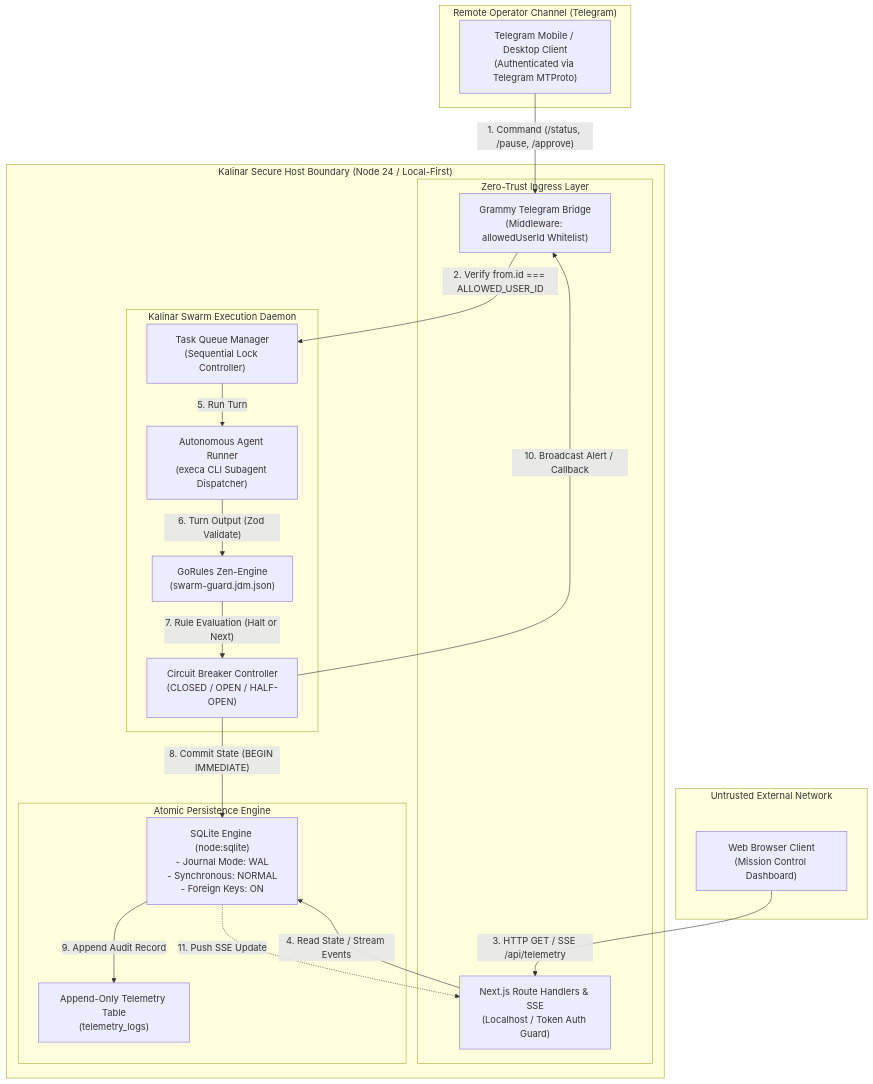
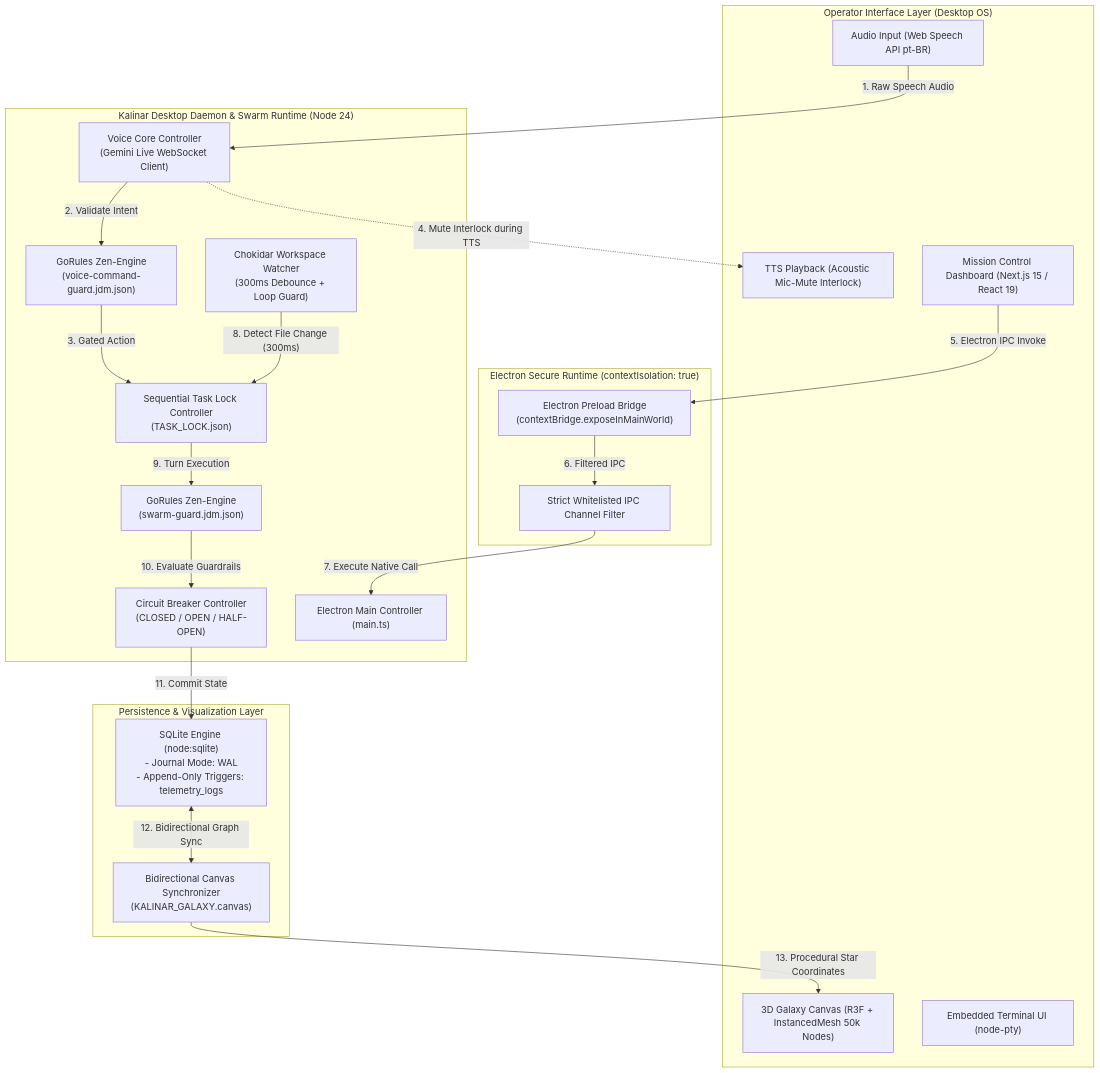
Before and after one commit to code-thiago/kalinar-agent-galaxy-os: the diagram in .antigravity/blueprint/02_TRD.md, drawn with Mermaid. The commit also changed other lines of this file and 10 other files, not shown here.

Commit message:
fix(blueprint): align trd/app-flow with electron 3d galaxy os and unlock build gate [v0.0.1-blueprint]

````diff
--- a/.antigravity/blueprint/02_TRD.md
+++ b/.antigravity/blueprint/02_TRD.md
@@ -44,42 +46,47 @@
 ```mermaid
 flowchart TB
-    subgraph TelegramClient["Remote Operator Channel (Telegram)"]
-        TG["Telegram Mobile / Desktop Client<br/>(Authenticated via Telegram MTProto)"]
+    subgraph OperatorLayer["Operator Interface Layer (Desktop OS)"]
+        VoiceMic["Audio Input (Web Speech API pt-BR)"]
+        TTSAudio["TTS Playback (Acoustic Mic-Mute Interlock)"]
+        GalaxyViewport["3D Galaxy Canvas (R3F + InstancedMesh 50k Nodes)"]
+        TerminalUI["Embedded Terminal UI (node-pty)"]
+        DashboardUI["Mission Control Dashboard (Next.js 15 / React 19)"]
     end
 
-    subgraph ExternalWeb["Untrusted External Network"]
-        BrowserUI["Web Browser Client<br/>(Mission Control Dashboard)"]
+    subgraph ElectronBoundary["Electron Secure Runtime (contextIsolation: true)"]
+        PreloadBridge["Electron Preload Bridge<br/>(contextBridge.exposeInMainWorld)"]
+        IPCFilter["Strict Whitelisted IPC Channel Filter"]
     end
 
-    subgraph KalinarHost["Kalinar Secure Host Boundary (Node 24 / Local-First)"]
-        subgraph GatewayBoundary["Zero-Trust Ingress Layer"]
-            TGBot["Grammy Telegram Bridge<br/>(Middleware: allowedUserId Whitelist)"]
-            APIGateway["Next.js Route Handlers & SSE<br/>(Localhost / Token Auth Guard)"]
-        end
-
-        subgraph CoreDaemon["Kalinar Swarm Execution Daemon"]
-            QueueMgr["Task Queue Manager<br/>(Sequential Lock Controller)"]
-            ZenGuard["GoRules Zen-Engine<br/>(swarm-guard.jdm.json)"]
-            CircuitBreaker["Circuit Breaker Controller<br/>(CLOSED / OPEN / HALF-OPEN)"]
-            AgentRunner["Autonomous Agent Runner<br/>(execa CLI Subagent Dispatcher)"]
-        end
-
-        subgraph StorageLayer["Atomic Persistence Engine"]
-            SQLite["SQLite Engine (node:sqlite)<br/>- Journal Mode: WAL<br/>- Synchronous: NORMAL<br/>- Foreign Keys: ON"]
-            AuditLedger["Append-Only Telemetry Table<br/>(telemetry_logs)"]
-        end
+    subgraph CoreDaemon["Kalinar Desktop Daemon & Swarm Runtime (Node 24)"]
+        MainProcess["Electron Main Controller (main.ts)"]
+        VoiceCore["Voice Core Controller<br/>(Gemini Live WebSocket Client)"]
+        ZenVoiceGuard["GoRules Zen-Engine<br/>(voice-command-guard.jdm.json)"]
+        FileWatcher["Chokidar Workspace Watcher<br/>(300ms Debounce + Loop Guard)"]
+        QueueMgr["Sequential Task Lock Controller<br/>(TASK_LOCK.json)"]
+        ZenSwarmGuard["GoRules Zen-Engine<br/>(swarm-guard.jdm.json)"]
+        CircuitBreaker["Circuit Breaker Controller<br/>(CLOSED / OPEN / HALF-OPEN)"]
     end
 
-    TG -->|"1. Command (/status, /pause, /approve)"| TGBot
-    TGBot -->|"2. Verify from.id === ALLOWED_USER_ID"| QueueMgr
-    BrowserUI -->|"3. HTTP GET / SSE /api/telemetry"| APIGateway
-    APIGateway -->|"4. Read State / Stream Events"| SQLite
+    subgraph StorageLayer["Persistence & Visualization Layer"]
+        SQLite["SQLite Engine (node:sqlite)<br/>- Journal Mode: WAL<br/>- Append-Only Triggers: telemetry_logs"]
+        CanvasSync["Bidirectional Canvas Synchronizer<br/>(KALINAR_GALAXY.canvas)"]
+    end
 
-    QueueMgr -->|"5. Run Turn"| AgentRunner
-    AgentRunner -->|"6. Turn Output (Zod Validate)"| ZenGuard
-    ZenGuard -->|"7. Rule Evaluation (Halt or Next)"| CircuitBreaker
-    CircuitBreaker -->|"8. Commit State (BEGIN IMMEDIATE)"| SQLite
-    SQLite -->|"9. Append Audit Record"| AuditLedger
-    CircuitBreaker -->|"10. Broadcast Alert / Callback"| TGBot
-    SQLite -.->|"11. Push SSE Update"| APIGateway
+    VoiceMic -->|"1. Raw Speech Audio"| VoiceCore
+    VoiceCore -->|"2. Validate Intent"| ZenVoiceGuard
+    ZenVoiceGuard -->|"3. Gated Action"| QueueMgr
+    VoiceCore -.->|"4. Mute Interlock during TTS"| TTSAudio
+
+    DashboardUI -->|"5. Electron IPC Invoke"| PreloadBridge
+    PreloadBridge -->|"6. Filtered IPC"| IPCFilter
+    IPCFilter -->|"7. Execute Native Call"| MainProcess
+
+    FileWatcher -->|"8. Detect File Change (300ms)"| QueueMgr
+    QueueMgr -->|"9. Turn Execution"| ZenSwarmGuard
+    ZenSwarmGuard -->|"10. Evaluate Guardrails"| CircuitBreaker
+    CircuitBreaker -->|"11. Commit State"| SQLite
+
+    SQLite <-->|"12. Bidirectional Graph Sync"| CanvasSync
+    CanvasSync -->|"13. Procedural Star Coordinates"| GalaxyViewport
 ```
````
